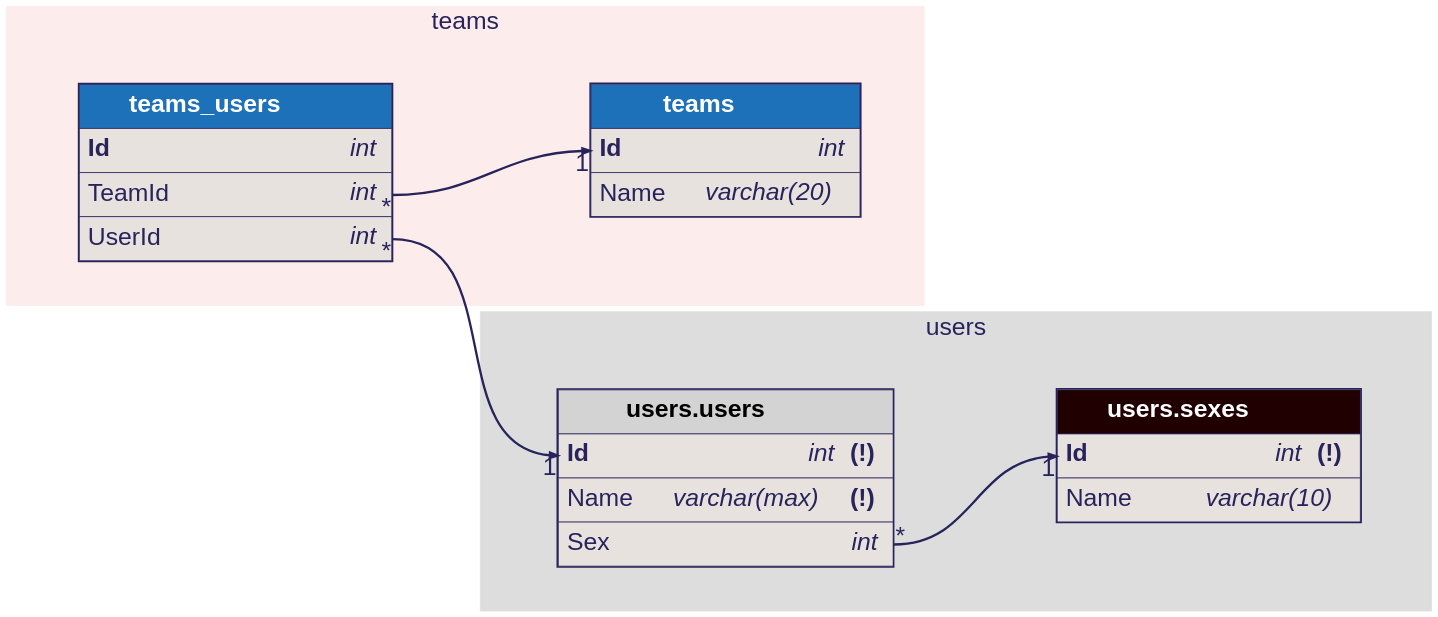
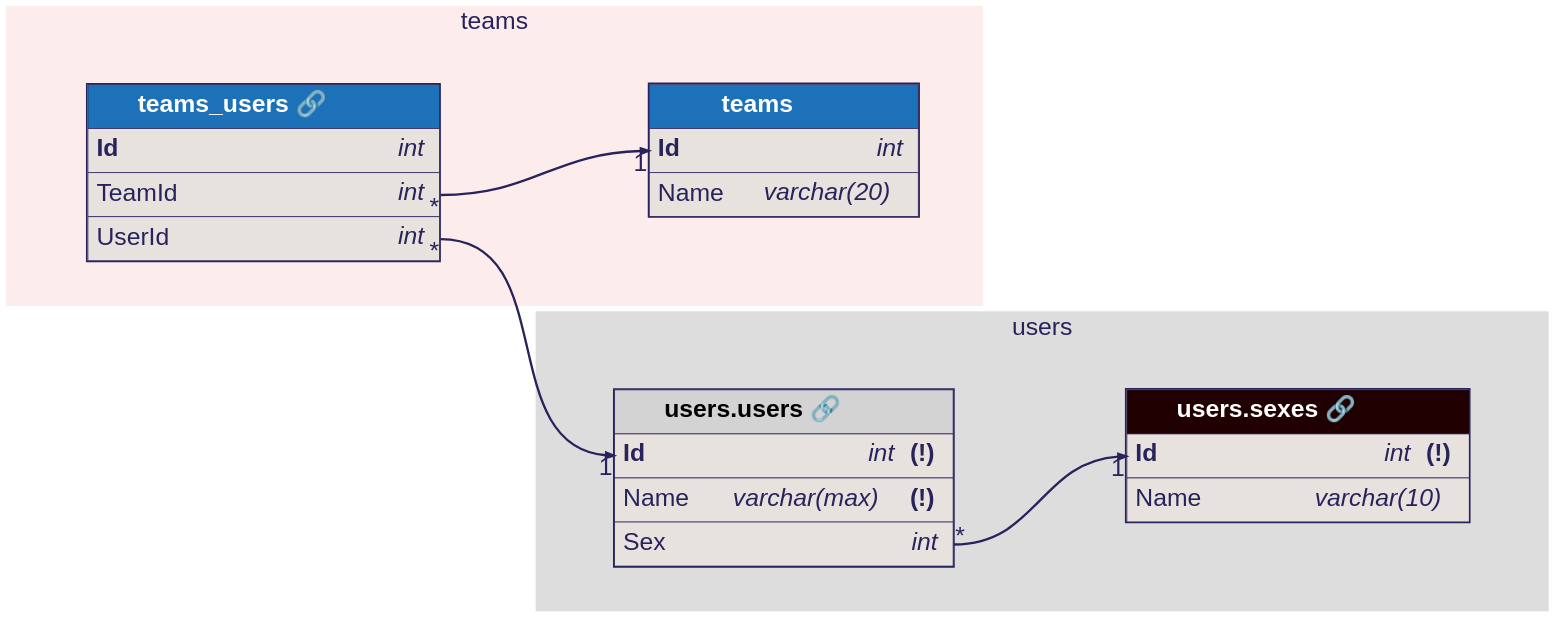
Before and after one commit to softwaretechnik-berlin/dbml-renderer: the diagram in examples/advanced_dbml.dbml.dot, drawn with Graphviz. The commit also changed 2 other files, not shown here.

Commit message:
Include 🔗 icon to indicate that a table has a link

```diff
--- a/examples/advanced_dbml.dbml.dot
+++ b/examples/advanced_dbml.dbml.dot
@@ -1,122 +1,122 @@
 digraph dbml {
       rankdir=LR;
       graph [fontname="helvetica", fontsize=32, fontcolor="#29235c", bgcolor="transparent"];
       node [penwidth=0, margin=0, fontname="helvetica", fontsize=32, fontcolor="#29235c"];
       edge [fontname="helvetica", fontsize=32, fontcolor="#29235c", color="#29235c"];
 
       
       subgraph cluster_users {
       tooltip="users\nUser details"
       label="users"
       style=filled;
       color="#dddddd";
 
       "users.users" [id="users.users";URL="https://flexivis.infrastruktur.link/#url=text:inline:users.users+table+link";tooltip="users.users\na test note";label=<<TABLE BORDER="2" COLOR="#29235c" CELLBORDER="1" CELLSPACING="0" CELLPADDING="10">
-      <TR><TD PORT="f0" BGCOLOR="#D3D3D3" HREF="https://flexivis.infrastruktur.link/#url=text:inline:users.users+table+link"><FONT COLOR="#000000"><B>       users.users       </B></FONT></TD></TR>
+      <TR><TD PORT="f0" BGCOLOR="#D3D3D3" HREF="https://flexivis.infrastruktur.link/#url=text:inline:users.users+table+link"><FONT COLOR="#000000"><B>       users.users 🔗       </B></FONT></TD></TR>
 <TR><TD ALIGN="LEFT" PORT="f1" BGCOLOR="#e7e2dd">
       <TABLE CELLPADDING="0" CELLSPACING="0" BORDER="0">
         <TR>
           <TD ALIGN="LEFT"><B>Id</B>    </TD>
           <TD ALIGN="RIGHT"><FONT><I>int</I> <B>(!)</B></FONT></TD>
         </TR>
       </TABLE>
     </TD></TR>
 <TR><TD ALIGN="LEFT" PORT="f2" BGCOLOR="#e7e2dd">
       <TABLE CELLPADDING="0" CELLSPACING="0" BORDER="0">
         <TR>
           <TD ALIGN="LEFT">Name    </TD>
           <TD ALIGN="RIGHT"><FONT><I>varchar(max)</I> <B>(!)</B></FONT></TD>
         </TR>
       </TABLE>
     </TD></TR>
 <TR><TD ALIGN="LEFT" PORT="f3" BGCOLOR="#e7e2dd">
       <TABLE CELLPADDING="0" CELLSPACING="0" BORDER="0">
         <TR>
           <TD ALIGN="LEFT">Sex    </TD>
           <TD ALIGN="RIGHT"><FONT><I>int</I></FONT></TD>
         </TR>
       </TABLE>
     </TD></TR>
     </TABLE>>];
 "users.sexes" [id="users.sexes";URL="https://flexivis.infrastruktur.link/#url=text:inline:users.sexes+table+link";tooltip="users.sexes\nMale or female";label=<<TABLE BORDER="2" COLOR="#29235c" CELLBORDER="1" CELLSPACING="0" CELLPADDING="10">
-      <TR><TD PORT="f0" BGCOLOR="#200000" HREF="https://flexivis.infrastruktur.link/#url=text:inline:users.sexes+table+link"><FONT COLOR="#ffffff"><B>       users.sexes       </B></FONT></TD></TR>
+      <TR><TD PORT="f0" BGCOLOR="#200000" HREF="https://flexivis.infrastruktur.link/#url=text:inline:users.sexes+table+link"><FONT COLOR="#ffffff"><B>       users.sexes 🔗       </B></FONT></TD></TR>
 <TR><TD ALIGN="LEFT" PORT="f1" BGCOLOR="#e7e2dd">
       <TABLE CELLPADDING="0" CELLSPACING="0" BORDER="0">
         <TR>
           <TD ALIGN="LEFT"><B>Id</B>    </TD>
           <TD ALIGN="RIGHT"><FONT><I>int</I> <B>(!)</B></FONT></TD>
         </TR>
       </TABLE>
     </TD></TR>
 <TR><TD ALIGN="LEFT" PORT="f2" BGCOLOR="#e7e2dd">
       <TABLE CELLPADDING="0" CELLSPACING="0" BORDER="0">
         <TR>
           <TD ALIGN="LEFT">Name    </TD>
           <TD ALIGN="RIGHT"><FONT><I>varchar(10)</I></FONT></TD>
         </TR>
       </TABLE>
     </TD></TR>
     </TABLE>>];
     }
 subgraph cluster_teams {
       tooltip="teams\nThe team tables"
       label="teams"
       style=filled;
       color="#fcecec";
 
       "teams" [id="teams";tooltip="teams\nAnother note";label=<<TABLE BORDER="2" COLOR="#29235c" CELLBORDER="1" CELLSPACING="0" CELLPADDING="10">
       <TR><TD PORT="f0" BGCOLOR="#1d71b8"><FONT COLOR="#ffffff"><B>       teams       </B></FONT></TD></TR>
 <TR><TD ALIGN="LEFT" PORT="f1" BGCOLOR="#e7e2dd">
       <TABLE CELLPADDING="0" CELLSPACING="0" BORDER="0">
         <TR>
           <TD ALIGN="LEFT"><B>Id</B>    </TD>
           <TD ALIGN="RIGHT"><FONT><I>int</I></FONT></TD>
         </TR>
       </TABLE>
     </TD></TR>
 <TR><TD ALIGN="LEFT" PORT="f2" BGCOLOR="#e7e2dd">
       <TABLE CELLPADDING="0" CELLSPACING="0" BORDER="0">
         <TR>
           <TD ALIGN="LEFT">Name    </TD>
           <TD ALIGN="RIGHT"><FONT><I>varchar(20)</I></FONT></TD>
         </TR>
       </TABLE>
     </TD></TR>
     </TABLE>>];
 "teams_users" [id="teams_users";URL="https://flexivis.infrastruktur.link/#url=text:inline:teams_users+join+table+link";label=<<TABLE BORDER="2" COLOR="#29235c" CELLBORDER="1" CELLSPACING="0" CELLPADDING="10">
-      <TR><TD PORT="f0" BGCOLOR="#1d71b8" HREF="https://flexivis.infrastruktur.link/#url=text:inline:teams_users+join+table+link"><FONT COLOR="#ffffff"><B>       teams_users       </B></FONT></TD></TR>
+      <TR><TD PORT="f0" BGCOLOR="#1d71b8" HREF="https://flexivis.infrastruktur.link/#url=text:inline:teams_users+join+table+link"><FONT COLOR="#ffffff"><B>       teams_users 🔗       </B></FONT></TD></TR>
 <TR><TD ALIGN="LEFT" PORT="f1" BGCOLOR="#e7e2dd">
       <TABLE CELLPADDING="0" CELLSPACING="0" BORDER="0">
         <TR>
           <TD ALIGN="LEFT"><B>Id</B>    </TD>
           <TD ALIGN="RIGHT"><FONT><I>int</I></FONT></TD>
         </TR>
       </TABLE>
     </TD></TR>
 <TR><TD ALIGN="LEFT" PORT="f2" BGCOLOR="#e7e2dd">
       <TABLE CELLPADDING="0" CELLSPACING="0" BORDER="0">
         <TR>
           <TD ALIGN="LEFT">TeamId    </TD>
           <TD ALIGN="RIGHT"><FONT><I>int</I></FONT></TD>
         </TR>
       </TABLE>
     </TD></TR>
 <TR><TD ALIGN="LEFT" PORT="f3" BGCOLOR="#e7e2dd">
       <TABLE CELLPADDING="0" CELLSPACING="0" BORDER="0">
         <TR>
           <TD ALIGN="LEFT">UserId    </TD>
           <TD ALIGN="RIGHT"><FONT><I>int</I></FONT></TD>
         </TR>
       </TABLE>
     </TD></TR>
     </TABLE>>];
     }
       
       "users.users":f0 -> "users.sexes":f0 [style=invis, weight=100, color=red]
     "users.users":f3:e -> "users.sexes":f1:w [dir=forward, penwidth=3, color="#29235c", headlabel="1", taillabel="*"]
 "teams_users":f0 -> "teams":f0 [style=invis, weight=100, color=red]
     "teams_users":f2:e -> "teams":f1:w [dir=forward, penwidth=3, color="#29235c", headlabel="1", taillabel="*"]
 "teams_users":f0 -> "users.users":f0 [style=invis, weight=100, color=red]
     "teams_users":f3:e -> "users.users":f1:w [dir=forward, penwidth=3, color="#29235c", headlabel="1", taillabel="*"]
       
     }
```
